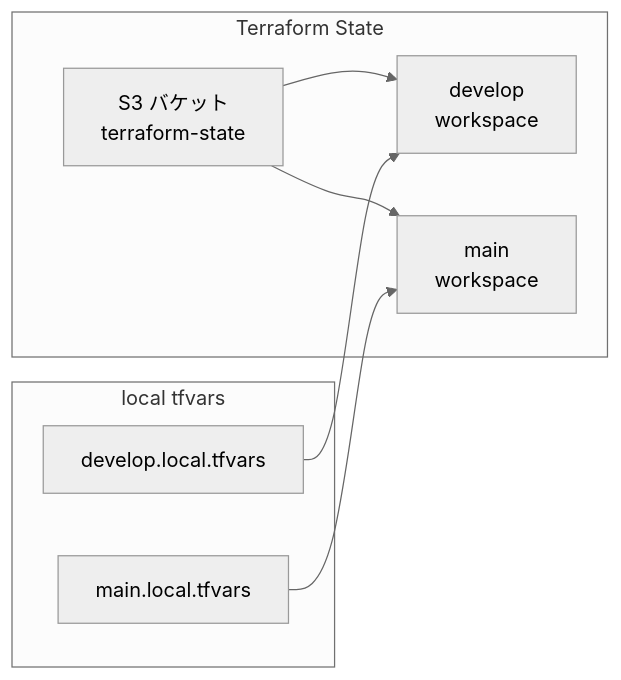
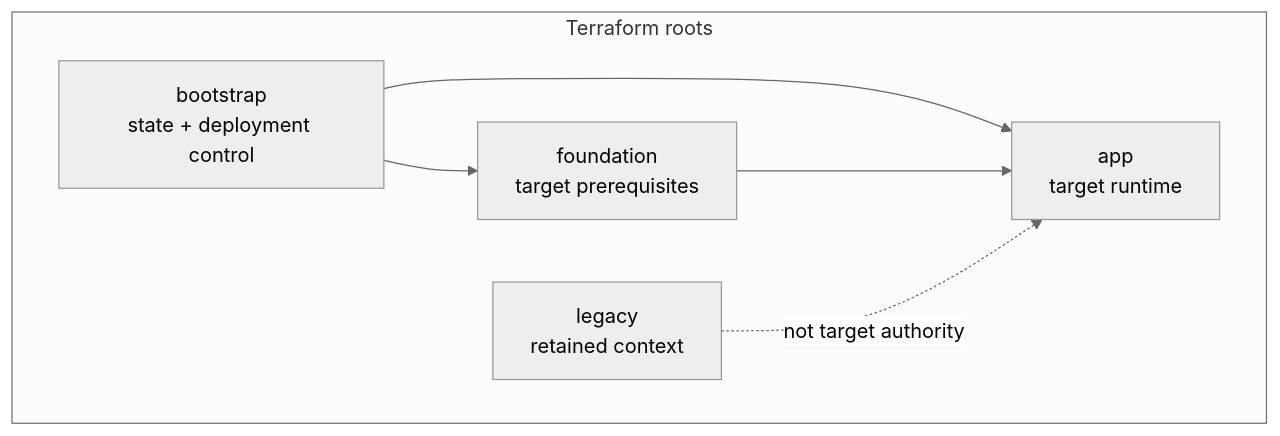
One commit to hwatanabe-jp/stark-ballot-simulator-public changed the first of 2 diagrams in public-book/src/aws/terraform.md. Above: the diagram before and after it, drawn with Mermaid (neutral theme). The commit also changed other lines of this file and 1491 other files, not shown here.

````diff
--- a/public-book/src/aws/terraform.md
+++ b/public-book/src/aws/terraform.md
@@ -44,16 +24,14 @@
 ```mermaid
-flowchart LR
-  subgraph "Terraform State"
-    S3["S3 バケット<br/>terraform-state"]
-    S3 --> DEV["develop<br/>workspace"]
-    S3 --> MAIN["main<br/>workspace"]
+flowchart TB
+  subgraph "Terraform roots"
+    BOOT["bootstrap<br/>state + deployment control"]
+    FOUND["foundation<br/>target prerequisites"]
+    APP["app<br/>target runtime"]
+    LEGACY["legacy<br/>retained context"]
   end
 
-  subgraph "local tfvars"
-    DEVF["develop.local.tfvars"]
-    MAINF["main.local.tfvars"]
-  end
-
-  DEVF --> DEV
-  MAINF --> MAIN
+  BOOT --> FOUND
+  BOOT --> APP
+  FOUND --> APP
+  LEGACY -. "not target authority" .-> APP
 ```
````
